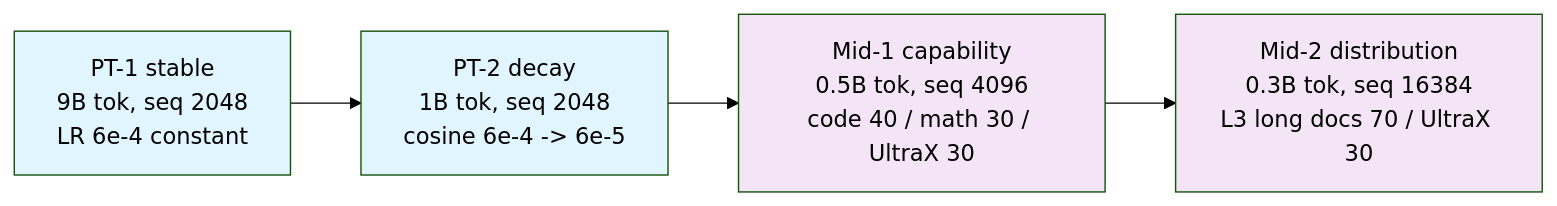
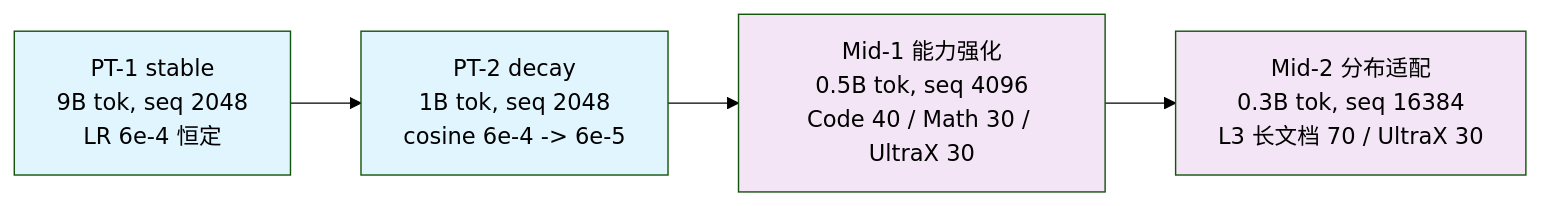
One commit to zongzhilou/shensi changed the diagram in src/shensi/recipes/paper/gated_delta_attn_res/stage0_pretrain/README.md. Above: the diagram before and after it, drawn with Mermaid (forest theme). The commit also changed other lines of this file and 9 other files, not shown here.

````diff
--- a/src/shensi/recipes/paper/gated_delta_attn_res/stage0_pretrain/README.md
+++ b/src/shensi/recipes/paper/gated_delta_attn_res/stage0_pretrain/README.md
@@ -18,10 +17,10 @@
 ```mermaid
 flowchart LR
-    p1["PT-1 stable<br/>9B tok, seq 2048<br/>LR 6e-4 constant"] --> p2["PT-2 decay<br/>1B tok, seq 2048<br/>cosine 6e-4 -> 6e-5"]
-    p2 --> m1["Mid-1 capability<br/>0.5B tok, seq 4096<br/>code 40 / math 30 / UltraX 30"]
-    m1 --> m2["Mid-2 distribution<br/>0.3B tok, seq 16384<br/>L3 long docs 70 / UltraX 30"]
+    p1["PT-1 stable<br/>9B tok, seq 2048<br/>LR 6e-4 恒定"] --> p2["PT-2 decay<br/>1B tok, seq 2048<br/>cosine 6e-4 -> 6e-5"]
+    p2 --> m1["Mid-1 能力强化<br/>0.5B tok, seq 4096<br/>Code 40 / Math 30 / UltraX 30"]
+    m1 --> m2["Mid-2 分布适配<br/>0.3B tok, seq 16384<br/>L3 长文档 70 / UltraX 30"]
     style p1 fill:#e1f5fe
     style p2 fill:#e1f5fe
     style m1 fill:#f3e5f5
     style m2 fill:#f3e5f5
 ```
````
